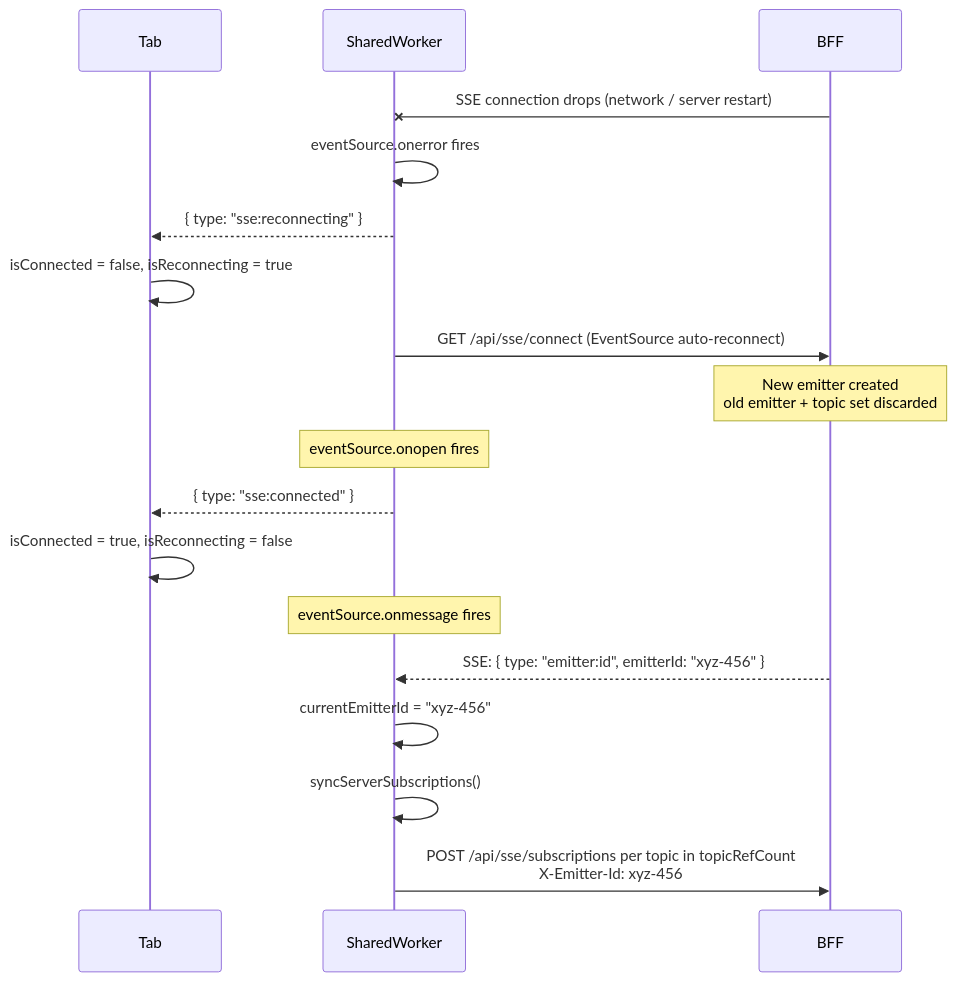
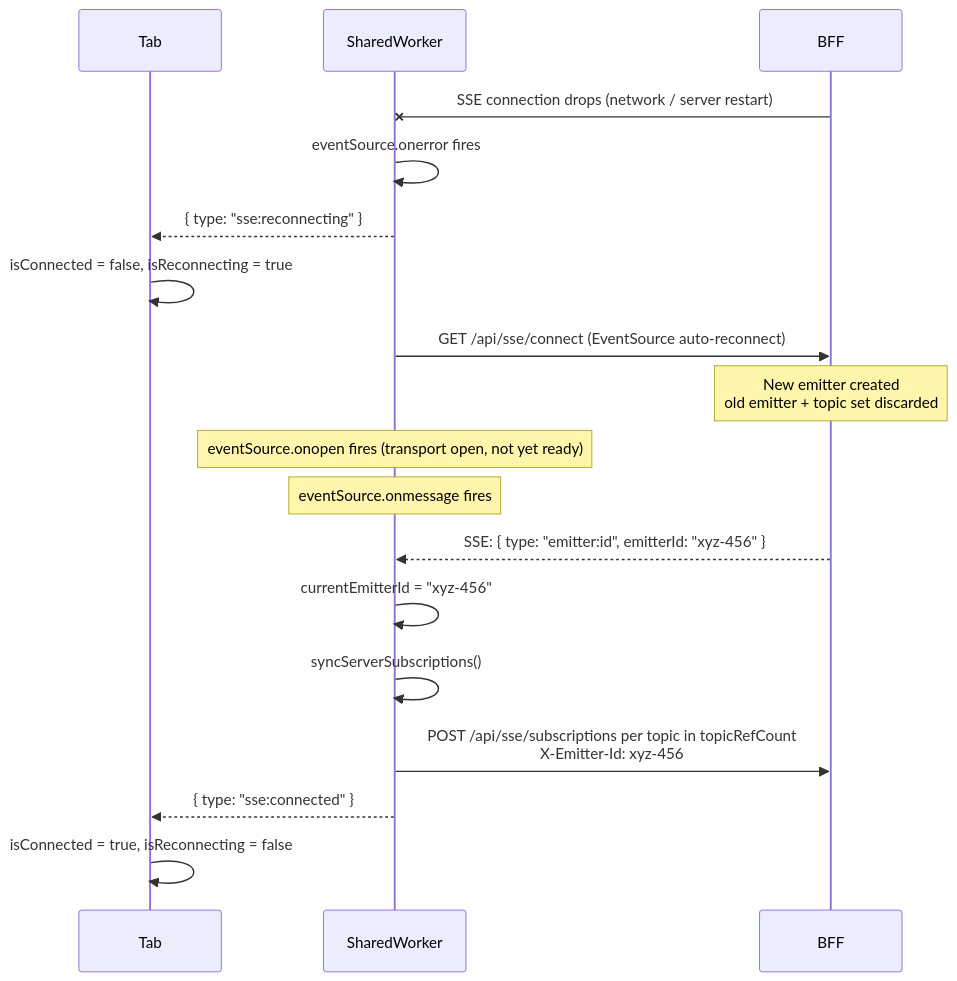
One commit to iarroyo/sse-demo changed the fifth of 7 diagrams in SSE-DIAGRAMS.md. Above: the diagram before and after it, drawn with Mermaid. The commit also changed other lines of this file and 2 other files, not shown here.

First line of the commit message:
docs(sse): fix sse:connected ordering and Tab 2 connected state

````diff
--- a/SSE-DIAGRAMS.md
+++ b/SSE-DIAGRAMS.md
@@ -123,24 +126,24 @@
 ```mermaid
 sequenceDiagram
     participant Tab
     participant Worker as SharedWorker
     participant Server as BFF
 
     Server-xWorker: SSE connection drops (network / server restart)
     Worker->>Worker: eventSource.onerror fires
     Worker-->>Tab: { type: "sse:reconnecting" }
     Tab->>Tab: isConnected = false, isReconnecting = true
 
     Worker->>Server: GET /api/sse/connect (EventSource auto-reconnect)
     Note over Server: New emitter created<br/>old emitter + topic set discarded
 
-    Note over Worker: eventSource.onopen fires
-    Worker-->>Tab: { type: "sse:connected" }
-    Tab->>Tab: isConnected = true, isReconnecting = false
+    Note over Worker: eventSource.onopen fires (transport open, not yet ready)
 
     Note over Worker: eventSource.onmessage fires
     Server-->>Worker: SSE: { type: "emitter:id", emitterId: "xyz-456" }
     Worker->>Worker: currentEmitterId = "xyz-456"
     Worker->>Worker: syncServerSubscriptions()
     Worker->>Server: POST /api/sse/subscriptions per topic in topicRefCount<br/>X-Emitter-Id: xyz-456
+    Worker-->>Tab: { type: "sse:connected" }
+    Tab->>Tab: isConnected = true, isReconnecting = false
 ```
````
